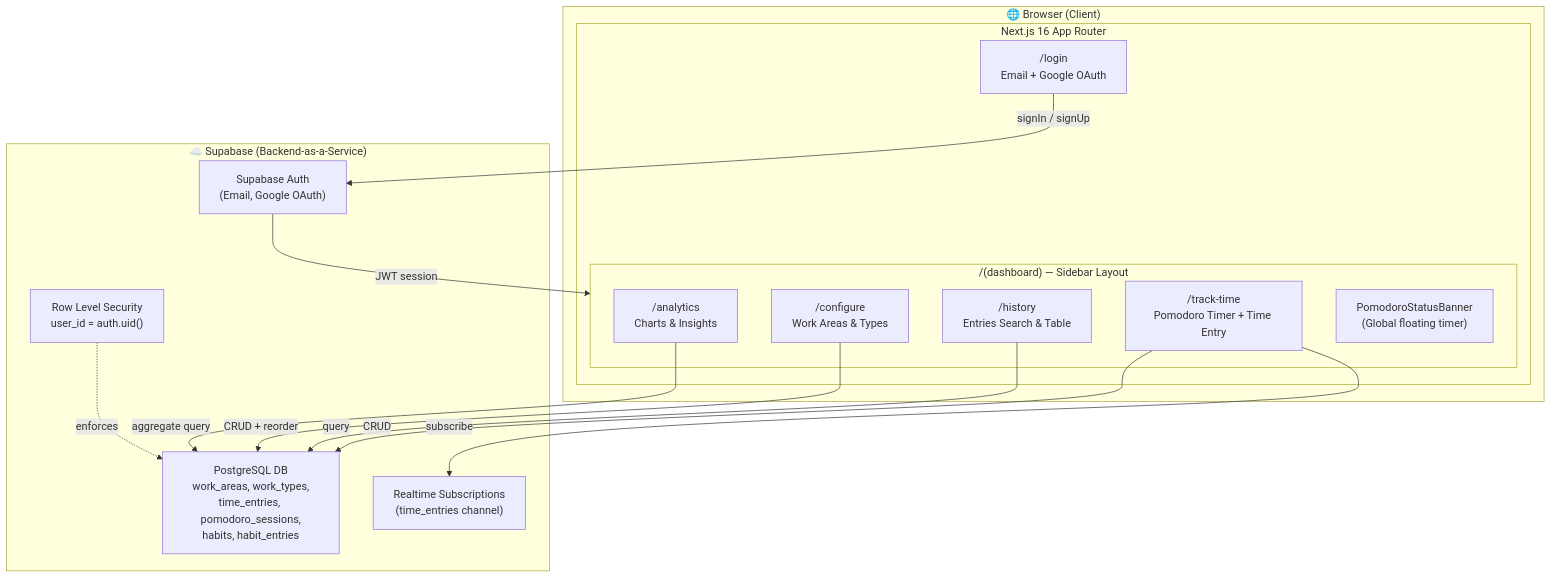
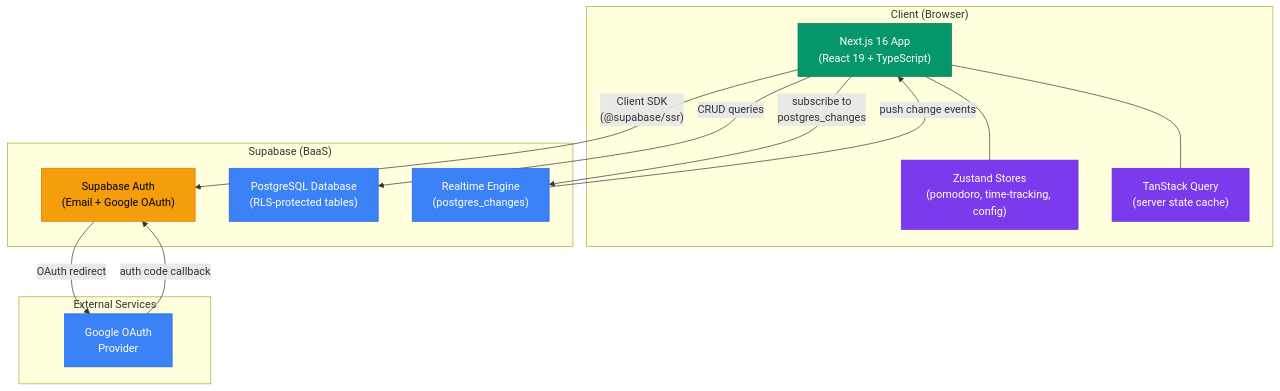
One commit to dipanjandey/Personal-Time-and-Habit-tracking-App changed the first of 7 diagrams in ARCHITECTURE.md. Above: the diagram before and after it, drawn with Mermaid. The commit also changed other lines of this file and 24 other files, not shown here.

````diff
--- a/ARCHITECTURE.md
+++ b/ARCHITECTURE.md
@@ -5,31 +26,35 @@
 ```mermaid
 graph TD
-    subgraph Browser["🌐 Browser (Client)"]
-        subgraph NextJS["Next.js 16 App Router"]
-            Login["/login<br/>Email + Google OAuth"]
-            subgraph Dashboard["/(dashboard) — Sidebar Layout"]
-                TrackTime["/track-time<br/>Pomodoro Timer + Time Entry"]
-                History["/history<br/>Entries Search & Table"]
-                Configure["/configure<br/>Work Areas & Types"]
-                Analytics["/analytics<br/>Charts & Insights"]
-                Banner["PomodoroStatusBanner<br/>(Global floating timer)"]
-            end
-        end
+    subgraph Client ["Client (Browser)"]
+        NextApp["Next.js 16 App<br/>(React 19 + TypeScript)"]
+        Zustand["Zustand Stores<br/>(pomodoro, time-tracking, config)"]
+        TanStack["TanStack Query<br/>(server state cache)"]
     end
 
-    subgraph Supabase["☁️ Supabase (Backend-as-a-Service)"]
-        Auth["Supabase Auth<br/>(Email, Google OAuth)"]
-        DB["PostgreSQL DB<br/>work_areas, work_types,<br/>time_entries, pomodoro_sessions,<br/>habits, habit_entries"]
-        Realtime["Realtime Subscriptions<br/>(time_entries channel)"]
-        RLS["Row Level Security<br/>user_id = auth.uid()"]
+    subgraph Supabase ["Supabase (BaaS)"]
+        SupaAuth["Supabase Auth<br/>(Email + Google OAuth)"]
+        SupaDB["PostgreSQL Database<br/>(RLS-protected tables)"]
+        SupaRT["Realtime Engine<br/>(postgres_changes)"]
     end
 
-    Login -->|"signIn / signUp"| Auth
-    TrackTime -->|"CRUD"| DB
-    TrackTime -->|"subscribe"| Realtime
-    History -->|"query"| DB
-    Configure -->|"CRUD + reorder"| DB
-    Analytics -->|"aggregate query"| DB
-    Auth -->|"JWT session"| Dashboard
-    RLS -.->|"enforces"| DB
+    subgraph External ["External Services"]
+        Google["Google OAuth<br/>Provider"]
+    end
+
+    NextApp -->|"Client SDK<br/>(@supabase/ssr)"| SupaAuth
+    NextApp -->|"CRUD queries"| SupaDB
+    NextApp -->|"subscribe to<br/>postgres_changes"| SupaRT
+    SupaRT -->|"push change events"| NextApp
+    SupaAuth -->|"OAuth redirect"| Google
+    Google -->|"auth code callback"| SupaAuth
+    NextApp --- Zustand
+    NextApp --- TanStack
+
+    style NextApp fill:#059669,stroke:#047857,color:#fff
+    style Zustand fill:#7c3aed,stroke:#6d28d9,color:#fff
+    style TanStack fill:#7c3aed,stroke:#6d28d9,color:#fff
+    style SupaAuth fill:#f59e0b,stroke:#d97706,color:#000
+    style SupaDB fill:#3b82f6,stroke:#2563eb,color:#fff
+    style SupaRT fill:#3b82f6,stroke:#2563eb,color:#fff
+    style Google fill:#3b82f6,stroke:#2563eb,color:#fff
 ```
````
